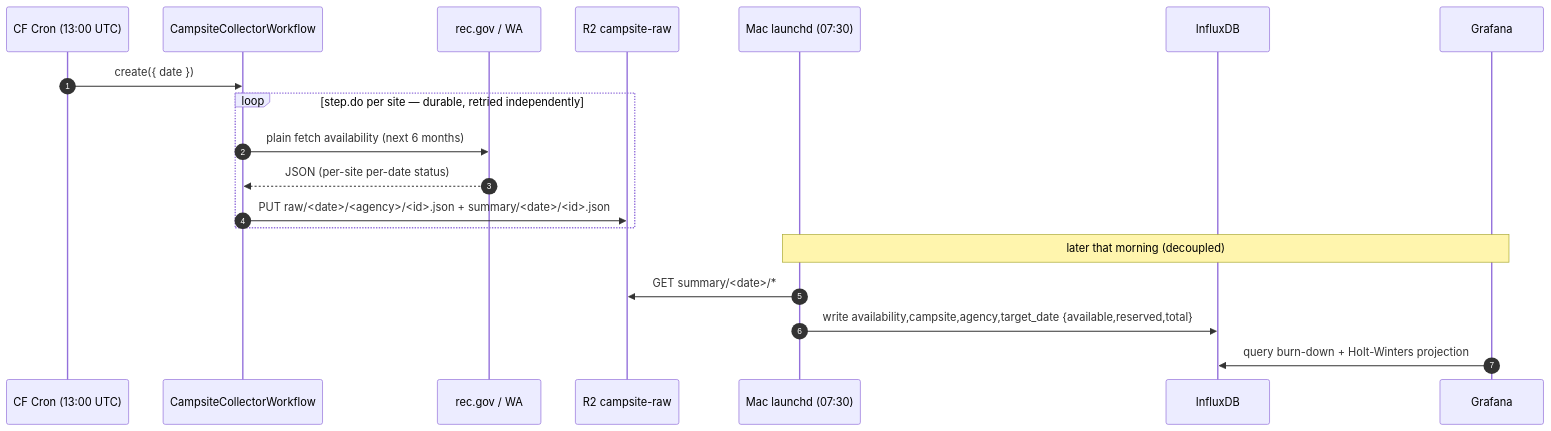
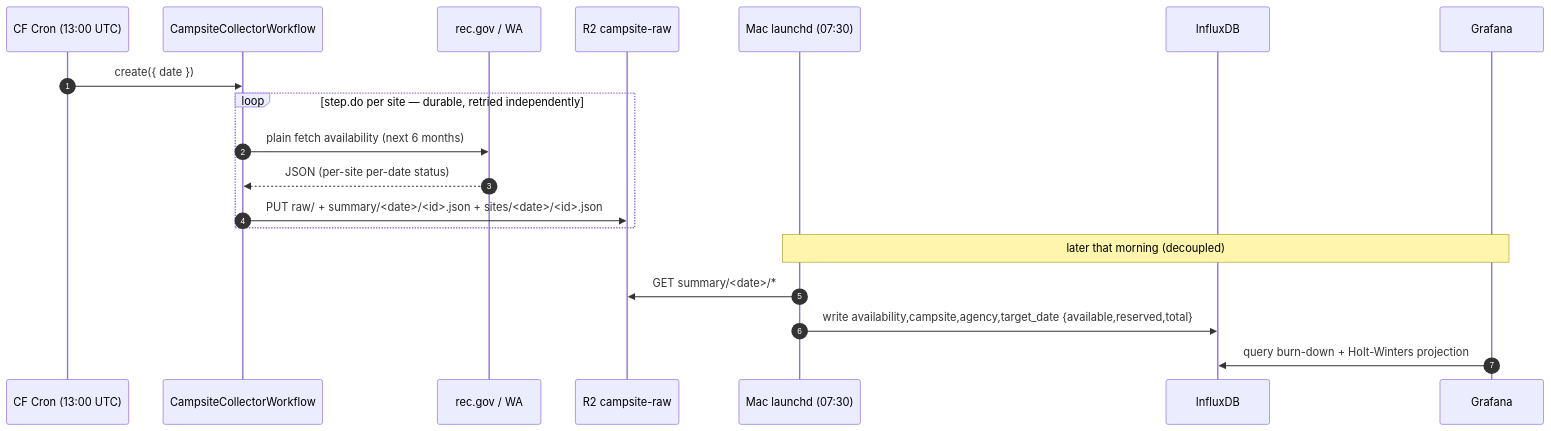
One commit to robogeosociety/robot-geographical-society changed the second of 3 diagrams in backend/README.md. Above: the diagram before and after it, drawn with Mermaid. The commit also changed other lines of this file and 3 other files, not shown here.

````diff
--- a/backend/README.md
+++ b/backend/README.md
@@ -47,21 +70,21 @@
 ```mermaid
 sequenceDiagram
   autonumber
   participant Cron as CF Cron (13:00 UTC)
   participant WF as CampsiteCollectorWorkflow
   participant S as rec.gov / WA
   participant R2 as R2 campsite-raw
   participant M as Mac launchd (07:30)
   participant I as InfluxDB
   participant G as Grafana
   Cron->>WF: create({ date })
   loop step.do per site — durable, retried independently
     WF->>S: plain fetch availability (next 6 months)
     S-->>WF: JSON (per-site per-date status)
-    WF->>R2: PUT raw/<date>/<agency>/<id>.json + summary/<date>/<id>.json
+    WF->>R2: PUT raw/ + summary/<date>/<id>.json + sites/<date>/<id>.json
   end
   Note over M,G: later that morning (decoupled)
   M->>R2: GET summary/<date>/*
   M->>I: write availability,campsite,agency,target_date {available,reserved,total}
   G->>I: query burn-down + Holt-Winters projection
 ```
````
